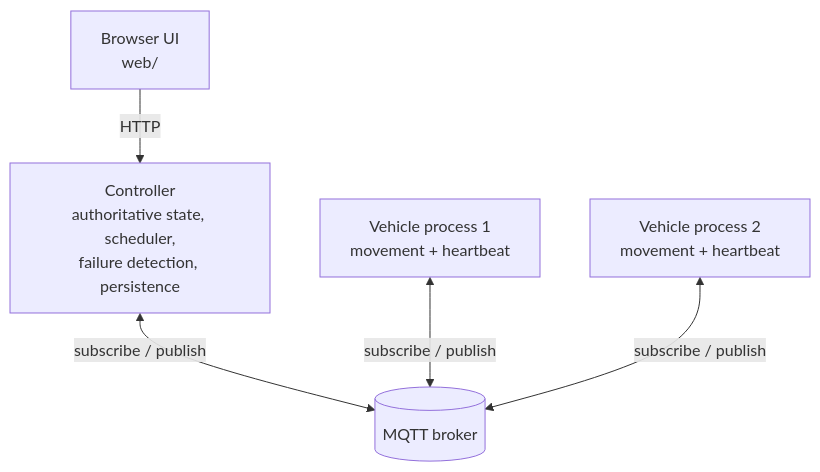
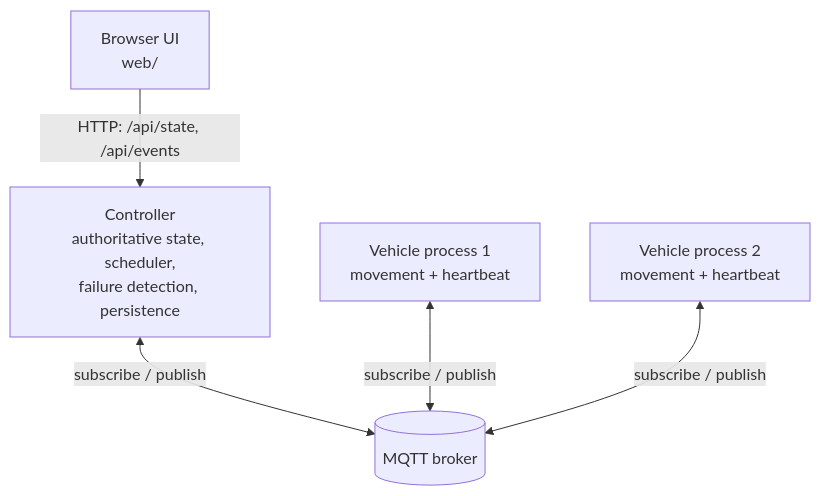
Before and after one commit to sloebrich/fleet-manager: the diagram in README.md, drawn with Mermaid. The commit also changed other lines of this file, not shown here.

````diff
--- a/README.md
+++ b/README.md
@@ -20,7 +22,7 @@
 ```mermaid
 flowchart TB
-    UI["Browser UI<br/>web/"] -->|"HTTP"| CTRL["Controller<br/>authoritative state, scheduler,<br/>failure detection, persistence"]
+    UI["Browser UI<br/>web/"] -->|"HTTP: /api/state, /api/events"| CTRL["Controller<br/>authoritative state, scheduler,<br/>failure detection, persistence"]
     CTRL <-->|"subscribe / publish"| MQTT[("MQTT broker")]
     V1["Vehicle process 1<br/>movement + heartbeat"] <-->|"subscribe / publish"| MQTT
     V2["Vehicle process 2<br/>movement + heartbeat"] <-->|"subscribe / publish"| MQTT
 ```
````
